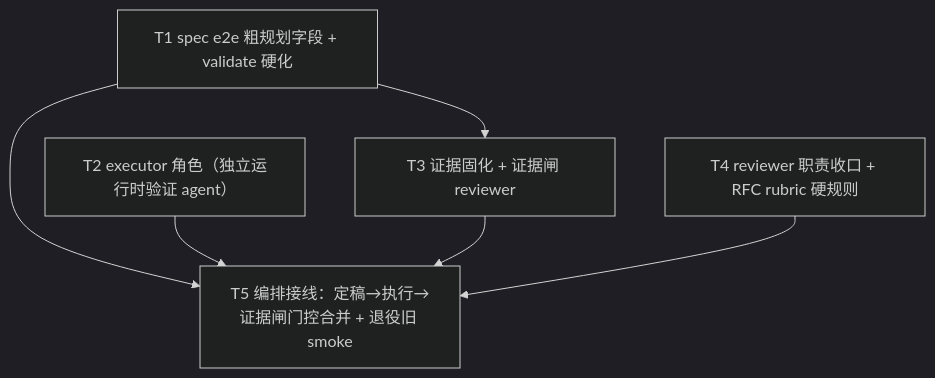
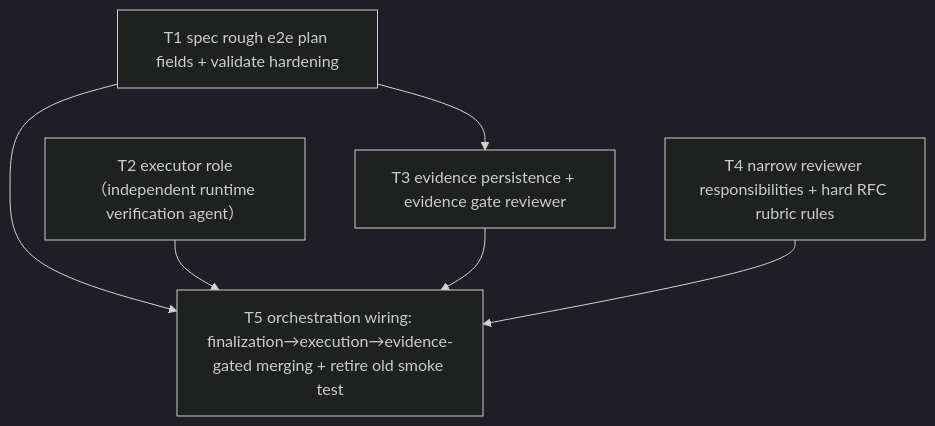
The diagram in docs/specs/0040-e2e-runbook-driven-evidence-gate.md (Curry09/OpenAgents), drawn with Mermaid (dark theme) before and after one commit. The commit also changed other lines of this file and 461 other files, not shown here.

````diff
--- a/docs/specs/0040-e2e-runbook-driven-evidence-gate.md
+++ b/docs/specs/0040-e2e-runbook-driven-evidence-gate.md
@@ -267,13 +215,13 @@
 ```mermaid
 graph TD
-    T1[T1 spec e2e 粗规划字段 + validate 硬化]
-    T2[T2 executor 角色（独立运行时验证 agent）]
-    T3[T3 证据固化 + 证据闸 reviewer]
-    T4[T4 reviewer 职责收口 + RFC rubric 硬规则]
-    T5[T5 编排接线：定稿→执行→证据闸门控合并 + 退役旧 smoke]
+    T1[T1 spec rough e2e plan fields + validate hardening]
+    T2[T2 executor role（independent runtime verification agent）]
+    T3[T3 evidence persistence + evidence gate reviewer]
+    T4[T4 narrow reviewer responsibilities + hard RFC rubric rules]
+    T5[T5 orchestration wiring: finalization→execution→evidence-gated merging + retire old smoke test]
     T1 --> T3
     T1 --> T5
     T2 --> T5
     T3 --> T5
     T4 --> T5
 ```
````
